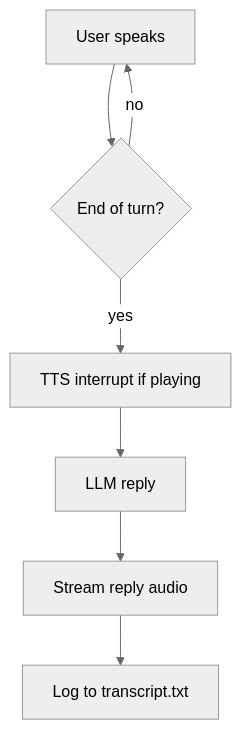
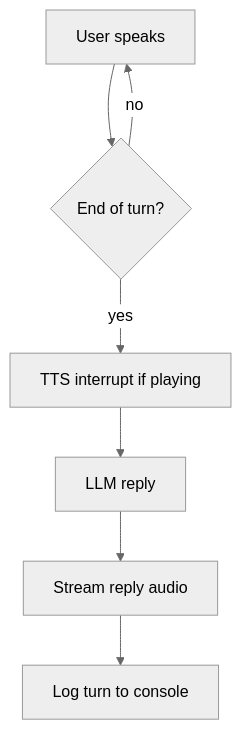
Before and after one commit to DarshanPandey515/voice-agent-orchestrator-pipeline: the second of 2 diagrams in README.md, drawn with Mermaid (neutral theme). The commit also changed other lines of this file, not shown here.

Commit message:
docs: document startup greeting, fix transcript claim in README
The greeting added in 0f63240 was undocumented. Also, no code writes
transcript.txt - turns are logged to the console via logger, so the
README claim and the flow diagram node were both wrong.

````diff
--- a/README.md
+++ b/README.md
@@ -30,9 +30,9 @@
 ```mermaid
 flowchart TD
     A[User speaks] --> B{End of turn?}
     B -- no --> A
     B -- yes --> C[TTS interrupt if playing]
     C --> D[LLM reply]
     D --> E[Stream reply audio]
-    E --> F[Log to transcript.txt]
+    E --> F[Log turn to console]
 ```
````
